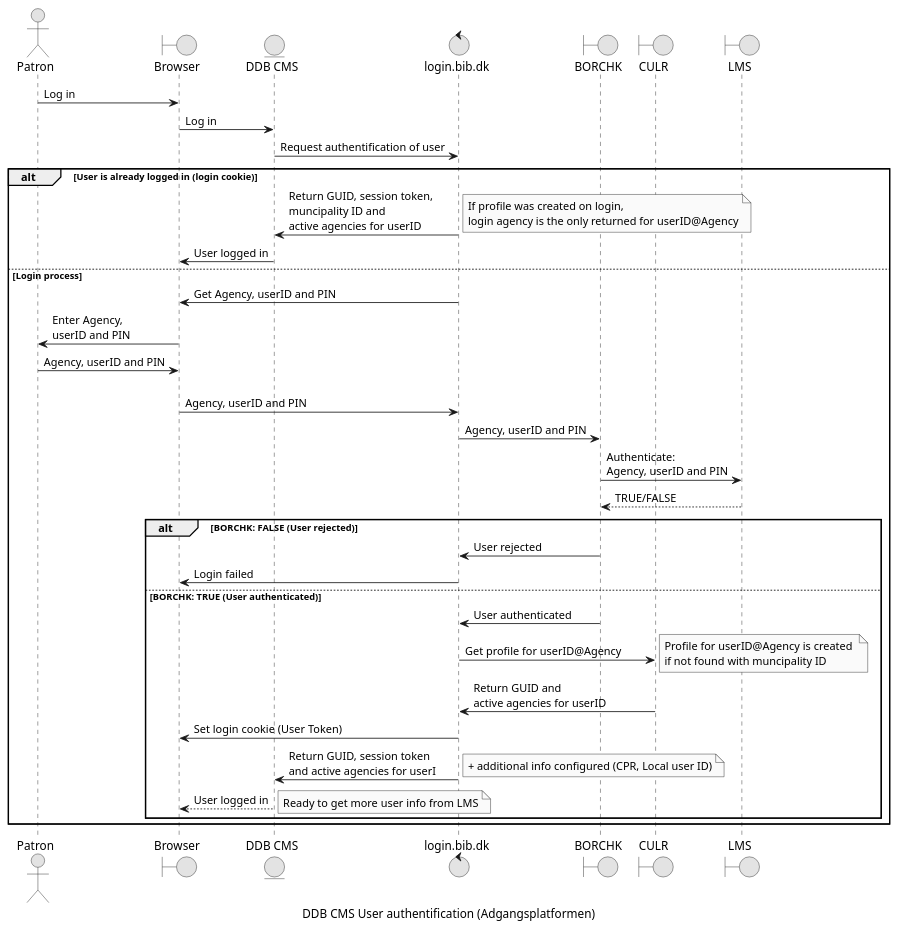
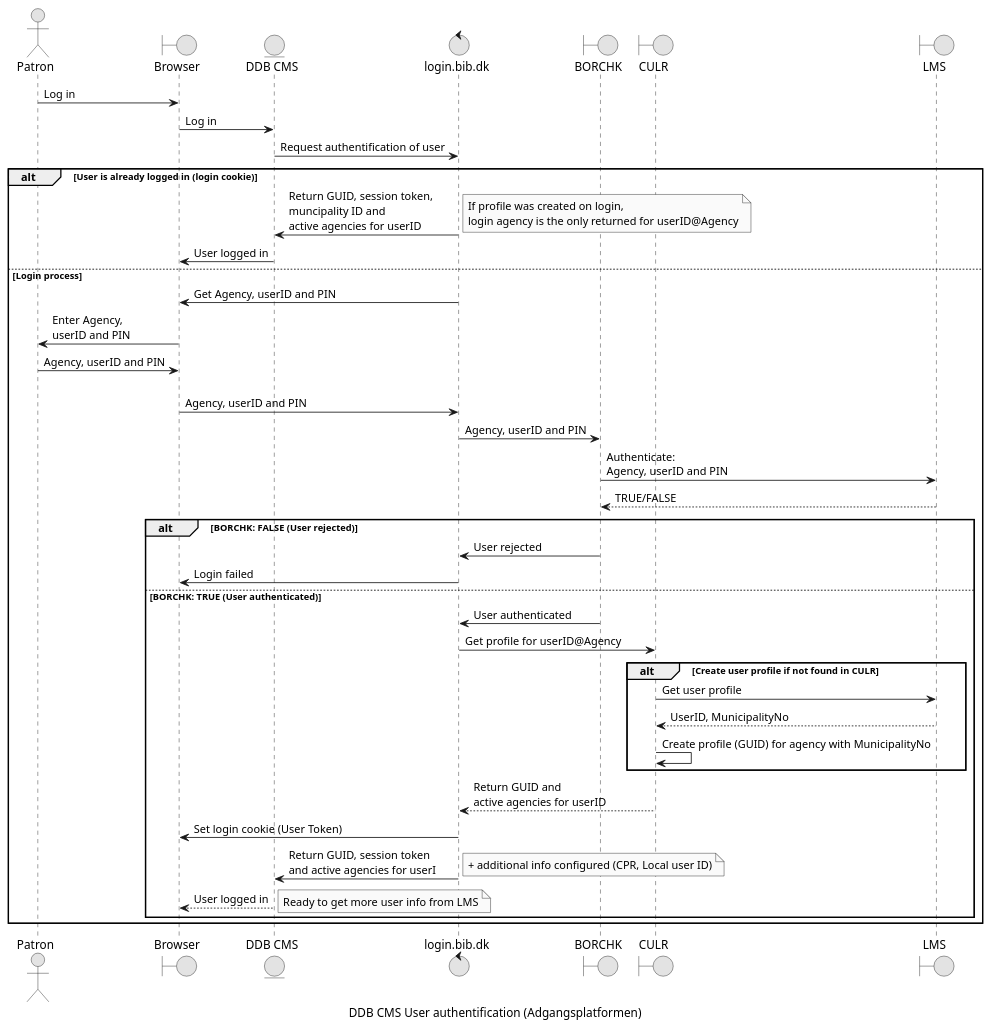
Before and after one commit to danskernesdigitalebibliotek/plantuml: the diagram in docs/sso/singlesignon.puml, drawn with PlantUML.

Commit message:
Autocreate user added

```diff
--- a/docs/sso/singlesignon.puml
+++ b/docs/sso/singlesignon.puml
@@ -1,56 +1,60 @@
 @startuml
 caption DDB CMS User authentification (Adgangsplatformen)
 'Single Sign On
 
 ' Skinparams '
 skinparam monochrome true
 'skinparam handwritten true
 
 ' Participants
 actor Patron
 boundary Browser
 entity DDBCMS as "DDB CMS"
 control login.bib.dk /' "AccessPlatform" '/
 boundary BORCHK /' as "Borrower Check" '/
             
 boundary CULR
 boundary LMS /'as "Library Management System" '/
 
 
 Patron->Browser: Log in
 Browser->DDBCMS: Log in
 DDBCMS->login.bib.dk: Request authentification of user
 
 alt User is already logged in (login cookie)
     login.bib.dk->DDBCMS: Return GUID, session token, \nmuncipality ID and \nactive agencies for userID
             note right: If profile was created on login, \nlogin agency is the only returned for userID@Agency
     DDBCMS->Browser: User logged in
 else Login process
     login.bib.dk->Browser: Get Agency, userID and PIN
     Browser->Patron: Enter Agency,\nuserID and PIN
     Patron->Browser: Agency, userID and PIN
     Browser->login.bib.dk: \nAgency, userID and PIN
 
     login.bib.dk->BORCHK: Agency, userID and PIN
 
     BORCHK->LMS: Authenticate: \nAgency, userID and PIN
     LMS-->BORCHK: TRUE/FALSE
 
     alt BORCHK: FALSE (User rejected)
         BORCHK->login.bib.dk: User rejected
         login.bib.dk->Browser: Login failed
     else BORCHK: TRUE (User authenticated)
         BORCHK->login.bib.dk: User authenticated
         login.bib.dk->CULR: Get profile for userID@Agency
                                
-            note right: Profile for userID@Agency is created \nif not found with muncipality ID
-           
-        CULR->login.bib.dk: Return GUID and \nactive agencies for userID
+            'note right: Profile with new GUID for userID@Agency \nis created if user not found in CULR. \nMuncipalityNo requested from LMS
+            alt Create user profile if not found in CULR
+                CULR -> LMS: Get user profile
+                CULR <-- LMS: UserID, MunicipalityNo
+                CULR->CULR: Create profile (GUID) for agency with MunicipalityNo
+            end
+        login.bib.dk<--CULR: Return GUID and \nactive agencies for userID
         login.bib.dk->Browser: Set login cookie (User Token)
         login.bib.dk->DDBCMS: Return GUID, session token\nand active agencies for userI
             note right:+ additional info configured (CPR, Local user ID)
         DDBCMS-->Browser: User logged in
             note right: Ready to get more user info from LMS
     end
 end
 @enduml
```
